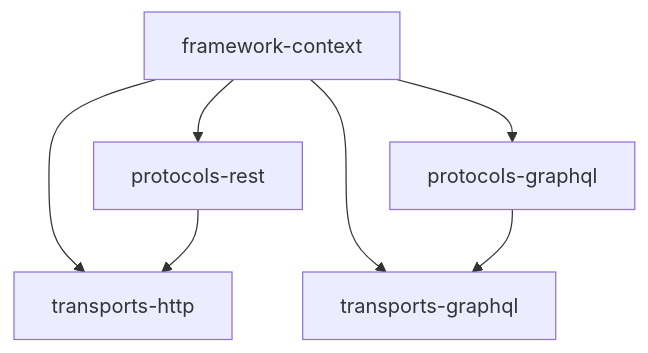
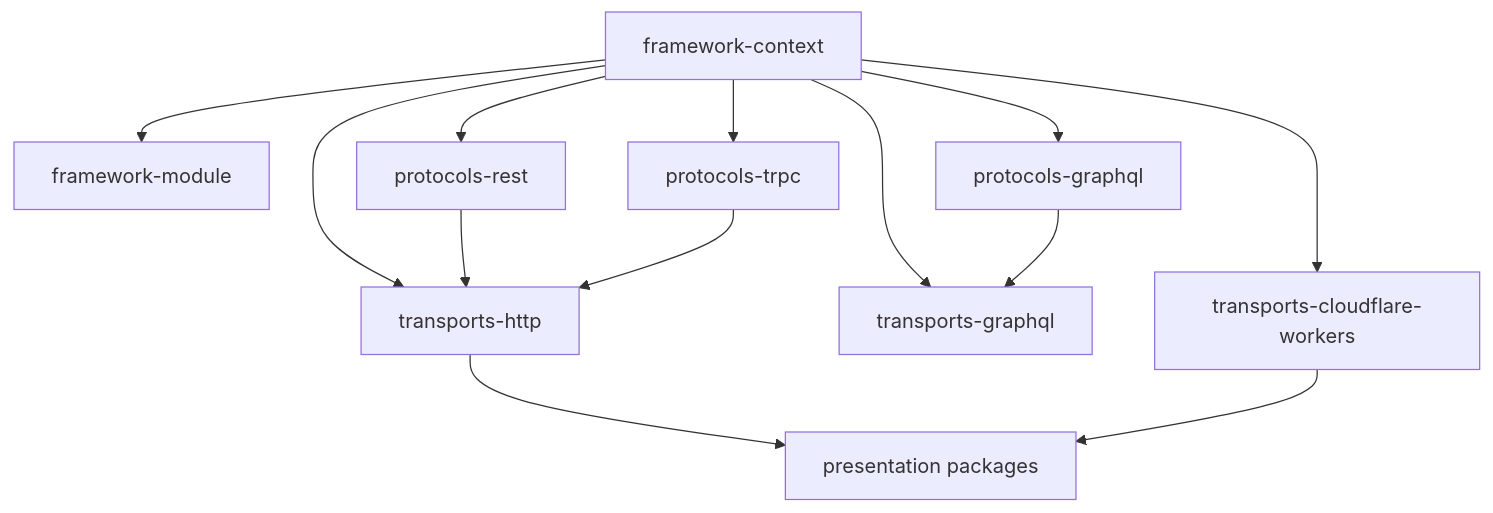
The first of 2 diagrams in README.md (croco-dev/framework), drawn with Mermaid before and after one commit. The commit also changed other lines of this file and 12 other files, not shown here.

Commit message:
fix: show quick-start Lambda architecture boundaries

````diff
--- a/README.md
+++ b/README.md
@@ -44,13 +44,20 @@
 ```mermaid
 flowchart TD
   frameworkContext[framework-context]
+  frameworkModule[framework-module]
 
+  frameworkContext --> frameworkModule
   frameworkContext --> protocolsRest[protocols-rest]
   frameworkContext --> protocolsGraphql[protocols-graphql]
+  frameworkContext --> protocolsTrpc[protocols-trpc]
 
   frameworkContext --> transportsHttp[transports-http]
   frameworkContext --> transportsGraphql[transports-graphql]
+  frameworkContext --> transportsWorkers[transports-cloudflare-workers]
 
   protocolsRest --> transportsHttp
   protocolsGraphql --> transportsGraphql
+  protocolsTrpc --> transportsHttp
+  transportsHttp --> presentation[presentation packages]
+  transportsWorkers --> presentation
 ```
````
